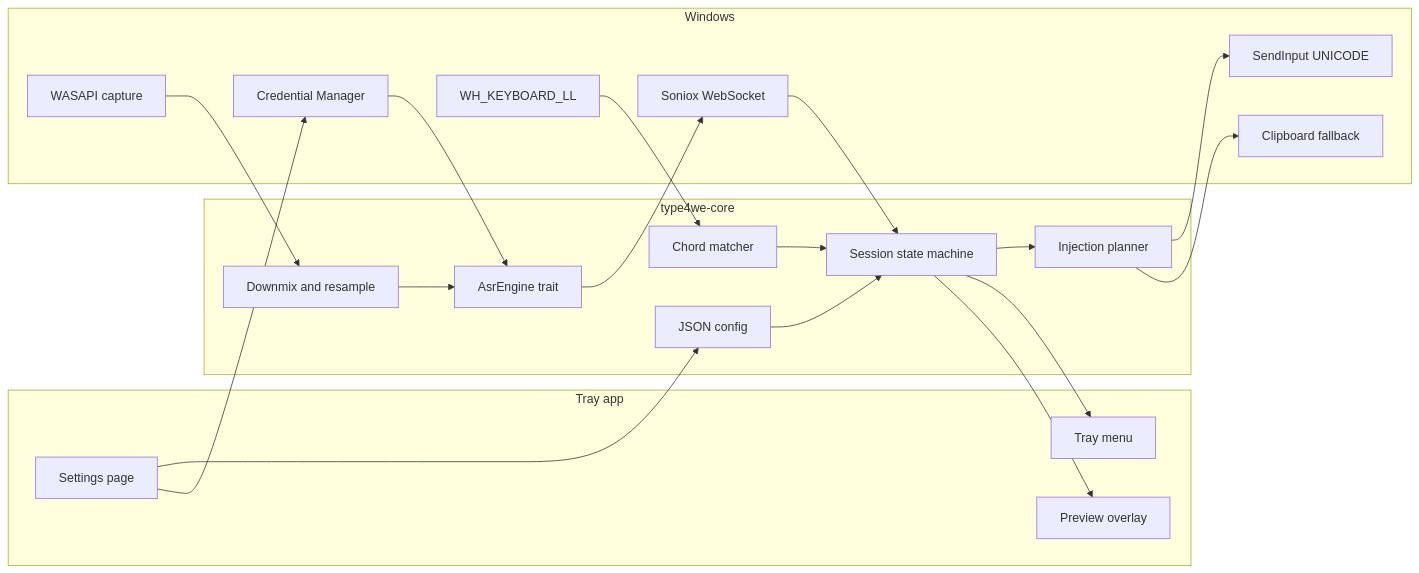
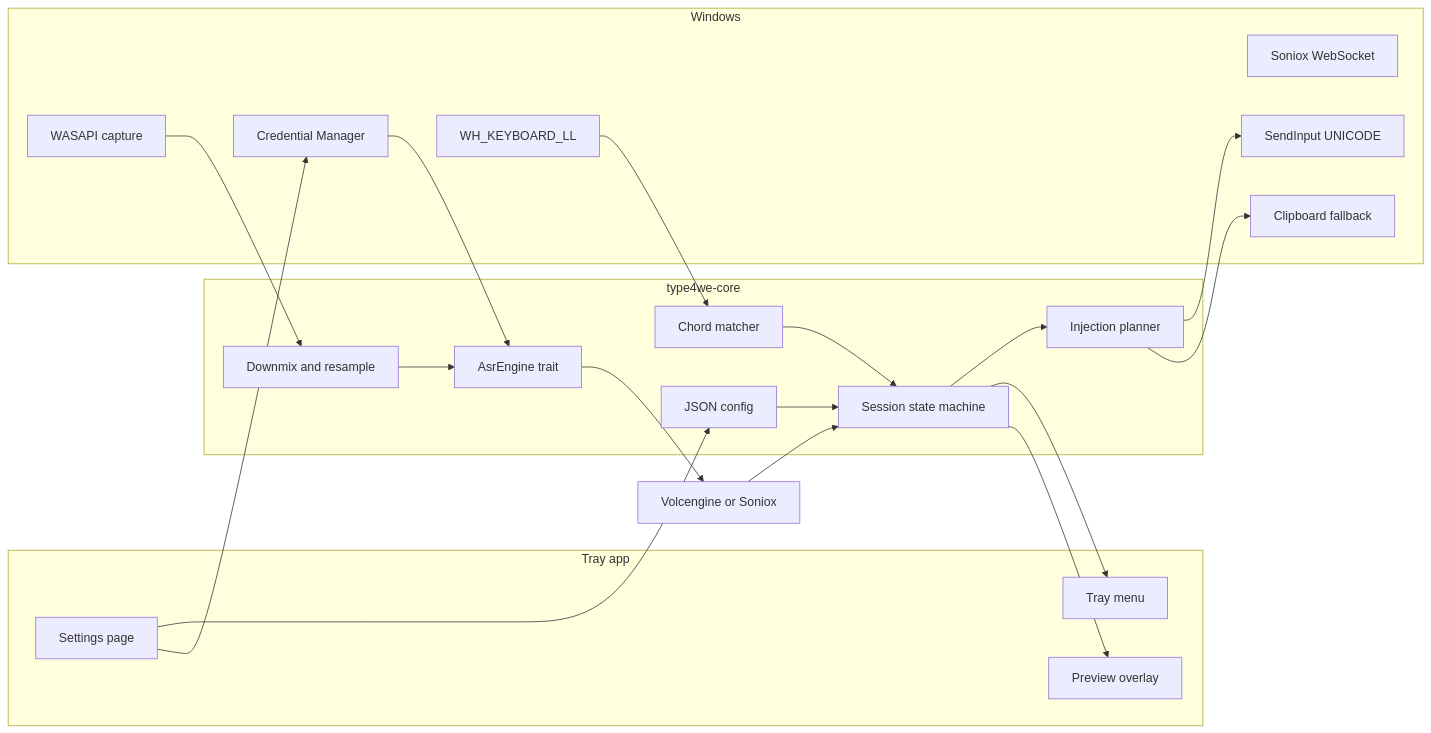
The diagram in docs/en/architecture.md (derlee/type4we), drawn with Mermaid before and after one commit. The commit also changed other lines of this file and 28 other files, not shown here.

````diff
--- a/docs/en/architecture.md
+++ b/docs/en/architecture.md
@@ -9,39 +9,39 @@
 ```mermaid
 flowchart LR
   subgraph tray [Tray app]
     UI[Settings page]
     Overlay[Preview overlay]
     Tray[Tray menu]
   end
 
   subgraph core [type4we-core]
     HotkeyLogic[Chord matcher]
     Session[Session state machine]
     Resample[Downmix and resample]
     Protocol[AsrEngine trait]
     Plan[Injection planner]
     Config[JSON config]
   end
 
   subgraph win [Windows]
     Hook[WH_KEYBOARD_LL]
     WASAPI[WASAPI capture]
     Soniox[Soniox WebSocket]
     SendInput[SendInput UNICODE]
     Clip[Clipboard fallback]
     Cred[Credential Manager]
   end
 
   Hook --> HotkeyLogic --> Session
   WASAPI --> Resample --> Protocol
-  Protocol --> Soniox
-  Soniox --> Session
+  Protocol --> Cloud[Volcengine or Soniox]
+  Cloud --> Session
   Session --> Plan --> SendInput
   Plan --> Clip
   UI --> Config
   UI --> Cred
   Cred --> Protocol
   Config --> Session
   Session --> Tray
   Session --> Overlay
 ```
````
